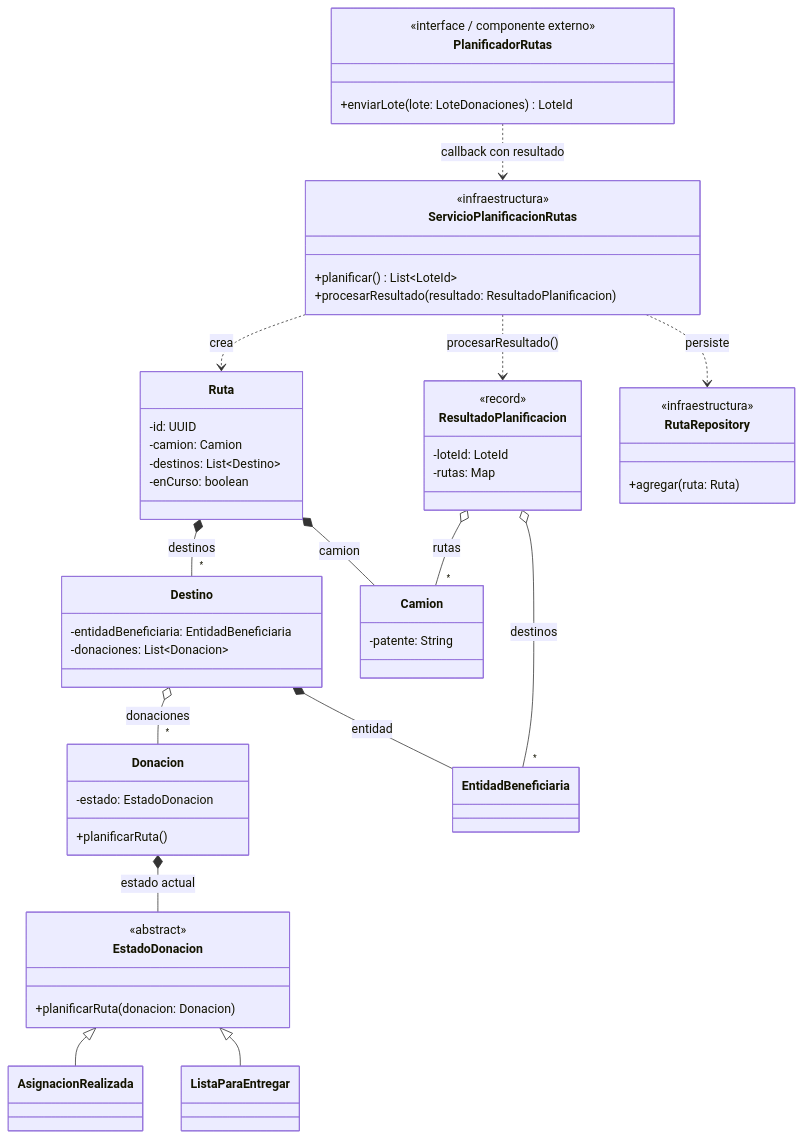
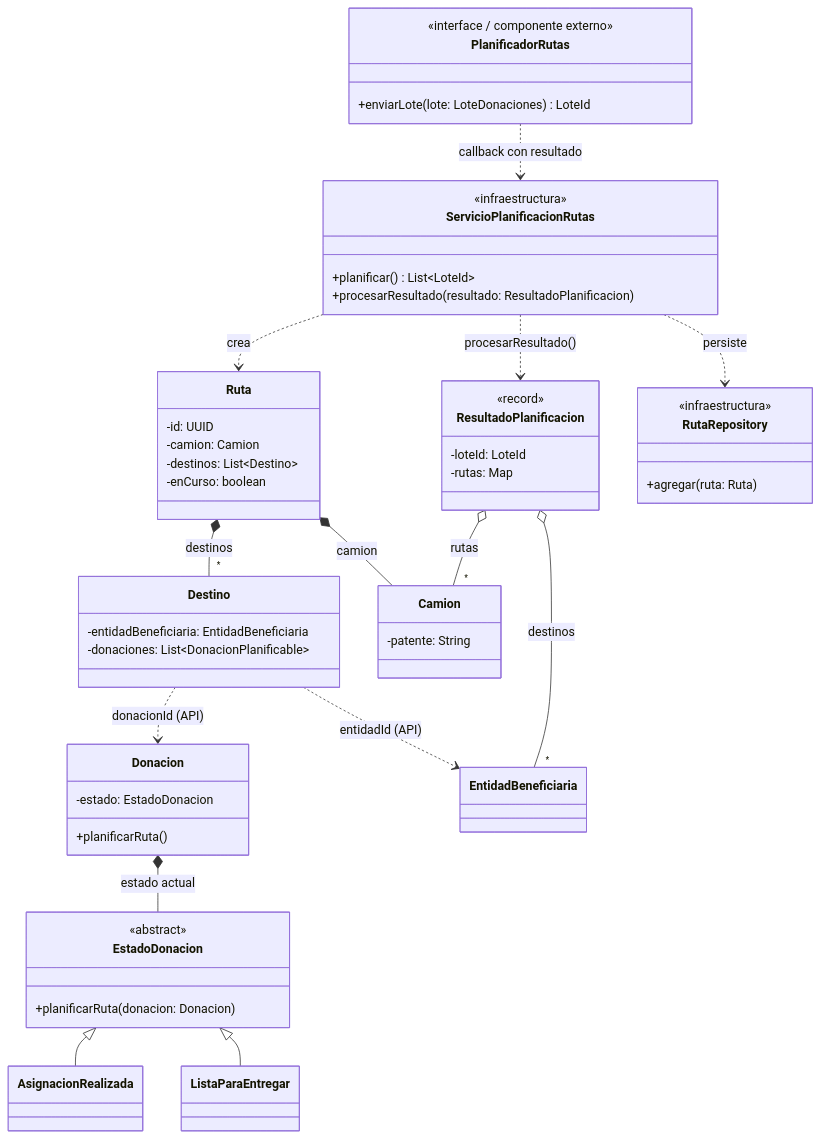
The diagram in docs/diagramas-por-requerimiento/e2-impl1-callback-planificacion.mermaid (eonishi/tp-dds-2026-donatrack), drawn with Mermaid before and after one commit. The commit also changed 11 other files, not shown here.

```diff
--- a/docs/diagramas-por-requerimiento/e2-impl1-callback-planificacion.mermaid
+++ b/docs/diagramas-por-requerimiento/e2-impl1-callback-planificacion.mermaid
@@ -1,67 +1,67 @@
 %% ============================================================================
 %% ENTREGA 2 — Requerimiento de implementación 1
 %% "El sistema deberá exponer una URL de callback donde el componente externo
 %%  podrá notificar el resultado de la planificación. La llamada de retorno
 %%  permitirá registrar las rutas generadas y actualizar el estado de las
 %%  entregas efectivamente asignadas."
 %% Fragmento mínimo del dominio involucrado (incluye infraestructura).
 %% ============================================================================
 classDiagram
     direction TB
 
     class PlanificadorRutas {
         <<interface / componente externo>>
         +enviarLote(lote: LoteDonaciones) LoteId
     }
     class ServicioPlanificacionRutas {
         <<infraestructura>>
         +planificar() List~LoteId~
         +procesarResultado(resultado: ResultadoPlanificacion)
     }
     class ResultadoPlanificacion {
         <<record>>
         -loteId: LoteId
         -rutas: Map
     }
     class Ruta {
         -id: UUID
         -camion: Camion
         -destinos: List~Destino~
         -enCurso: boolean
     }
     class Destino {
         -entidadBeneficiaria: EntidadBeneficiaria
-        -donaciones: List~Donacion~
+        -donaciones: List~DonacionPlanificable~
     }
     class Camion {
         -patente: String
     }
     class Donacion {
         -estado: EstadoDonacion
         +planificarRuta()
     }
     class EntidadBeneficiaria
     class EstadoDonacion {
         <<abstract>>
         +planificarRuta(donacion: Donacion)
     }
     class AsignacionRealizada
     class ListaParaEntregar
     class RutaRepository {
         <<infraestructura>>
         +agregar(ruta: Ruta)
     }
 
     PlanificadorRutas ..> ServicioPlanificacionRutas : callback con resultado
     ServicioPlanificacionRutas ..> ResultadoPlanificacion : procesarResultado()
     ResultadoPlanificacion o-- "*" Camion : rutas
     ResultadoPlanificacion o-- "*" EntidadBeneficiaria : destinos
     ServicioPlanificacionRutas ..> Ruta : crea
     ServicioPlanificacionRutas ..> RutaRepository : persiste
     Ruta *-- Camion : camion
     Ruta *-- "*" Destino : destinos
-    Destino *-- EntidadBeneficiaria : entidad
-    Destino o-- "*" Donacion : donaciones
+    Destino ..> EntidadBeneficiaria : entidadId (API)
+    Destino ..> Donacion : donacionId (API)
     Donacion *-- EstadoDonacion : estado actual
     EstadoDonacion <|-- AsignacionRealizada
     EstadoDonacion <|-- ListaParaEntregar
```
